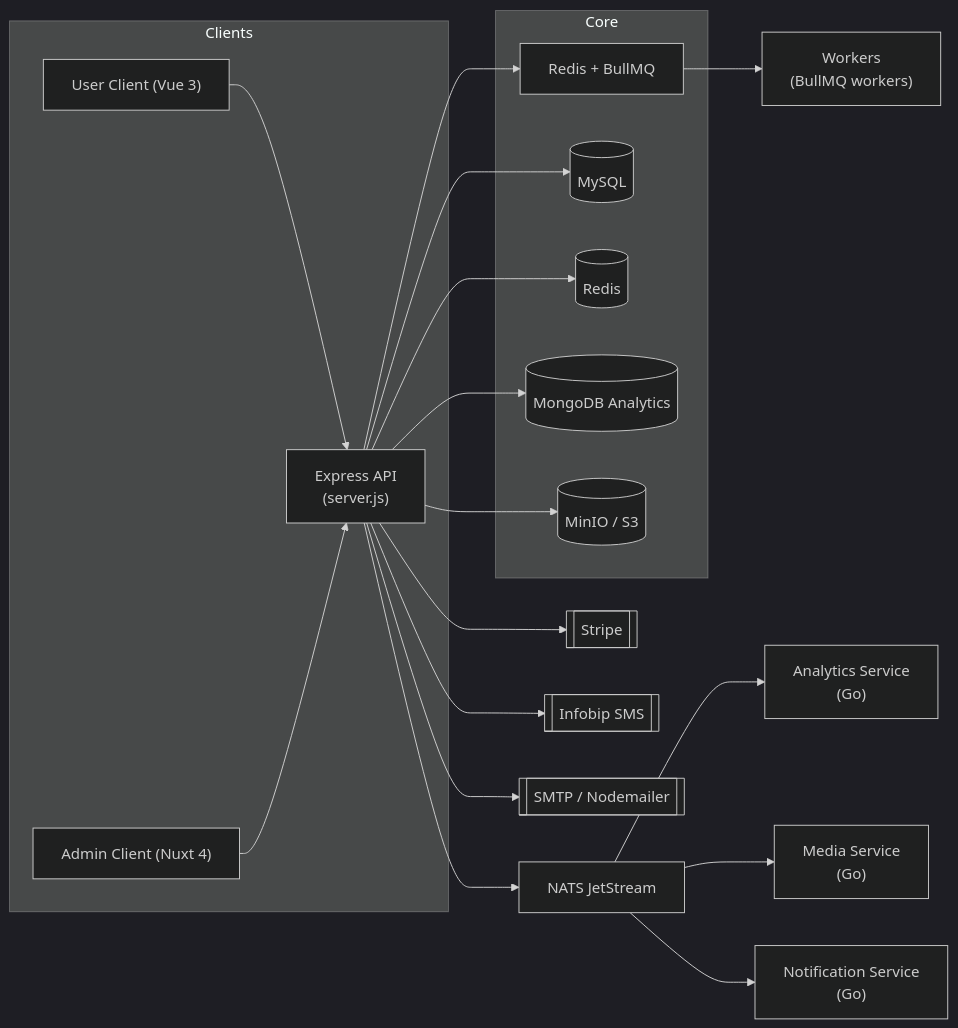
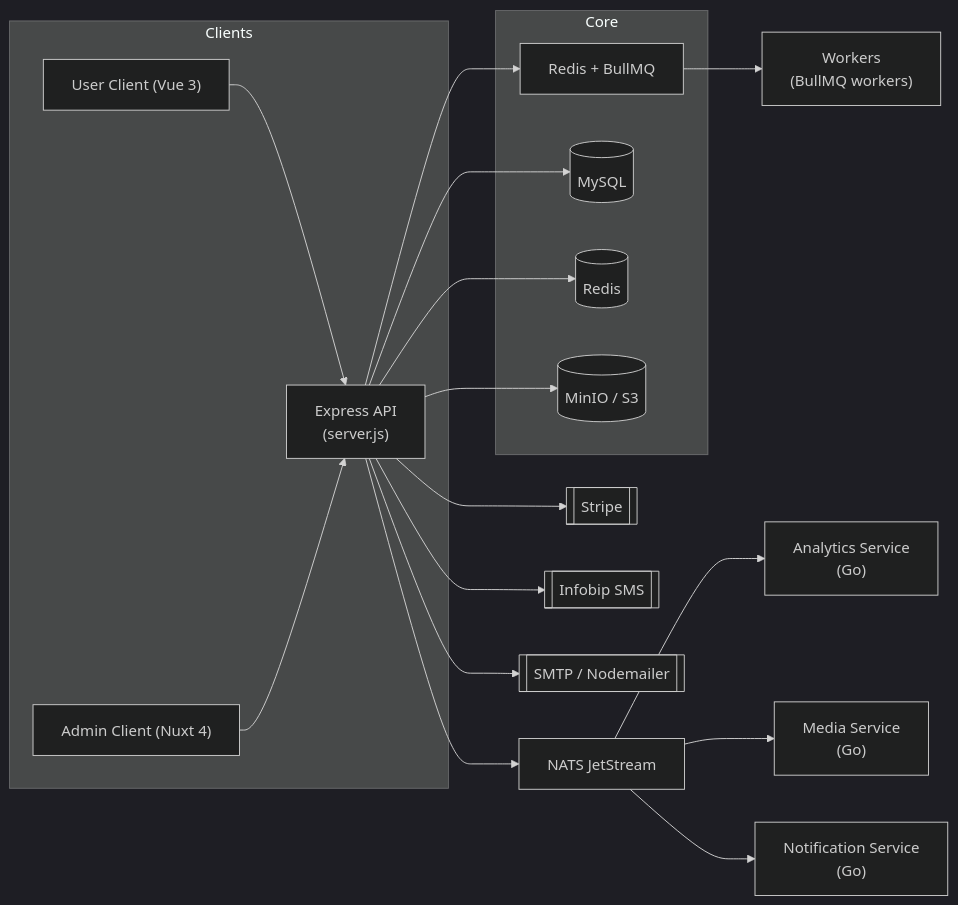
The diagram in server/README.md (bk-leducphuong/TravelNest-Hotel_Booking_System), drawn with Mermaid (dark theme) before and after one commit. The commit also changed other lines of this file and 104 other files, not shown here.

First line of the commit message:
refactor(analytics): migrate analytics storage from MongoDB to MySQL

````diff
--- a/server/README.md
+++ b/server/README.md
@@ -33,26 +33,25 @@
 ```mermaid
 flowchart LR
   subgraph Clients
     UC["User Client (Vue 3)"] --> API
     AC["Admin Client (Nuxt 4)"] --> API
   end
 
   subgraph Core
     API["Express API\n(server.js)"] --> MQ["Redis + BullMQ"]
     API --> DB[(MySQL)]
     API --> RDS[(Redis)]
-    API --> MDB[(MongoDB Analytics)]
     API --> MINIO[(MinIO / S3)]
   end
 
   MQ --> W["Workers\n(BullMQ workers)"]
 
   API --> NS["NATS JetStream"]
   NS --> AS["Analytics Service\n(Go)"]
   NS --> MS["Media Service\n(Go)"]
   NS --> NSVC["Notification Service\n(Go)"]
 
   API --> STRIPE[[Stripe]]
   API --> SMS[[Infobip SMS]]
   API --> MAIL[[SMTP / Nodemailer]]
 ```
````
